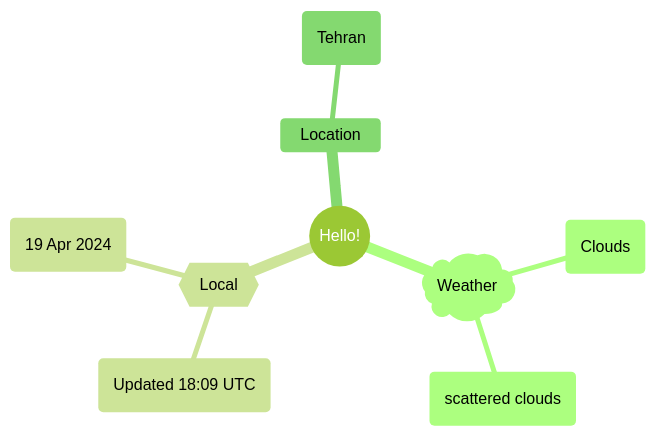
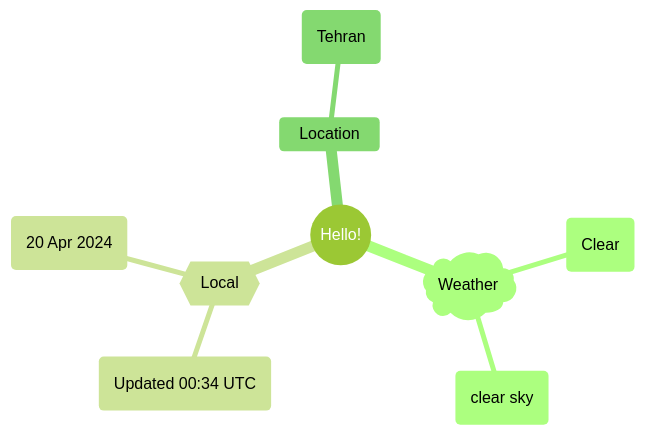
The first of 2 diagrams in README.md (Xosrov/Xosrov), drawn with Mermaid (forest theme) before and after one commit.

Commit message:
[bot] updated images

````diff
--- a/README.md
+++ b/README.md
@@ -3,12 +3,12 @@
 ```mermaid
 mindmap
   root((Hello!))
     )Weather(
-        (Clouds)
-        (scattered clouds)
+        (Clear)
+        (clear sky)
     {{Local}}
-        (Updated 18:09 UTC)
-        (19 Apr 2024)
+        (Updated 00:34 UTC)
+        (20 Apr 2024)
     Location
         (Tehran)
 ```
````
